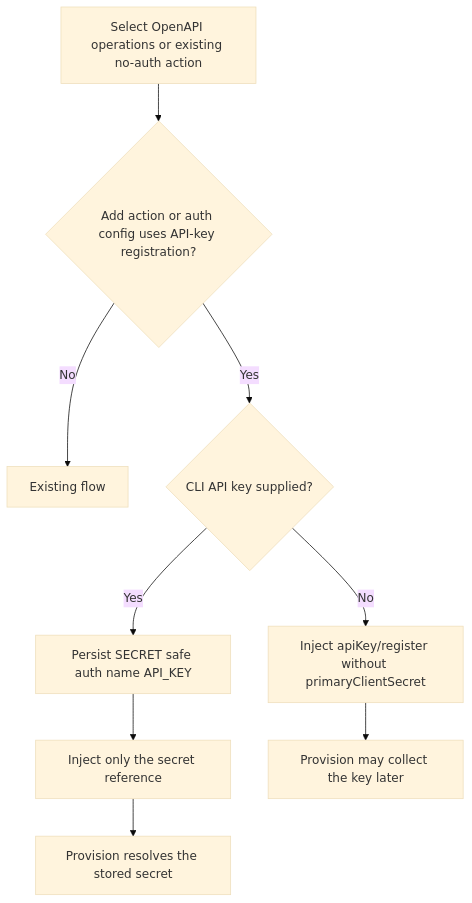
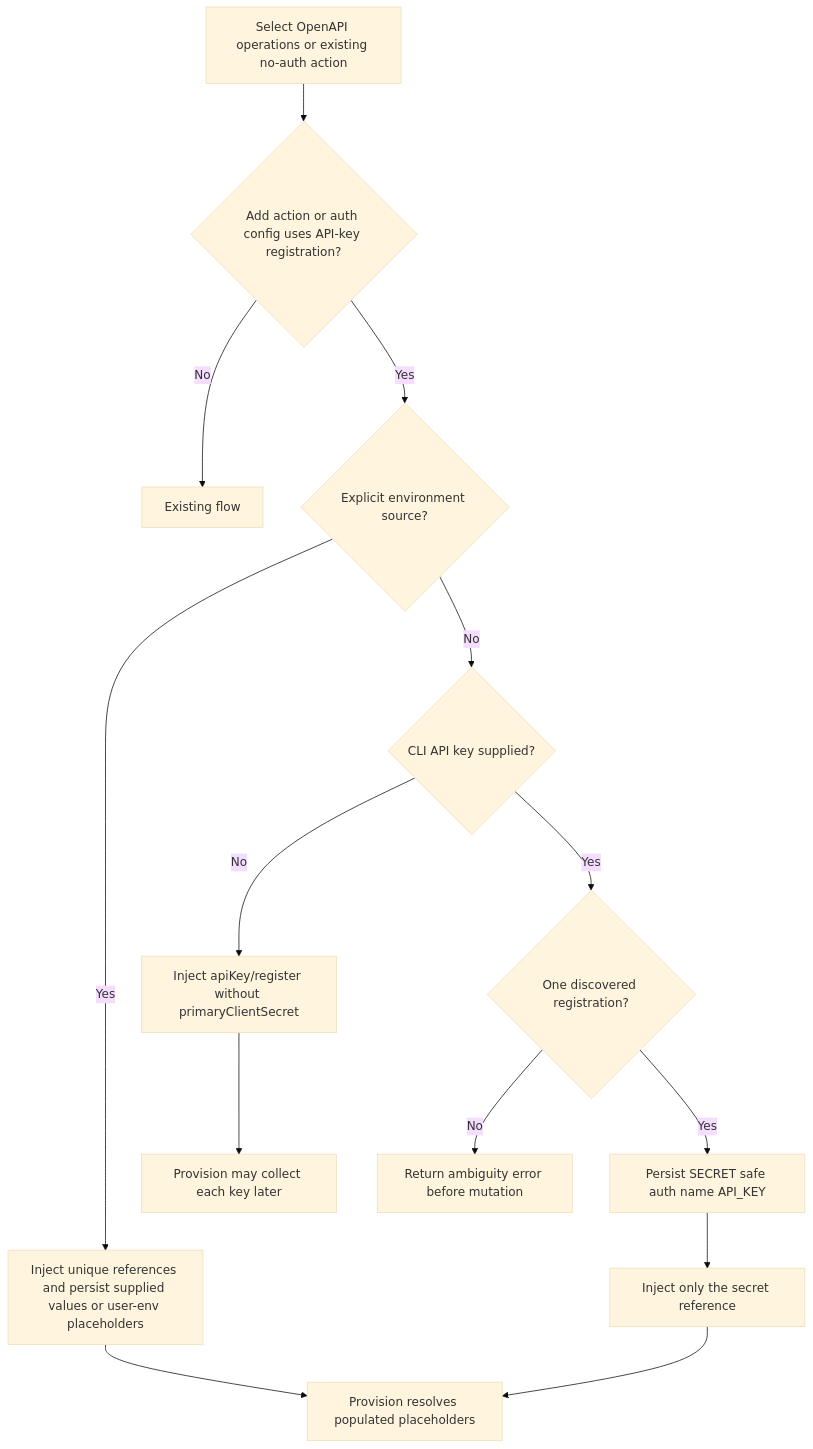
One commit to OfficeDev/Teams-Toolkit changed the diagram in docs/03-specs/scenarios/da/add-openapi-api-key-action.md. Above: the diagram before and after it, drawn with Mermaid (base theme). The commit also changed other lines of this file and 44 other files, not shown here.

````diff
--- a/docs/03-specs/scenarios/da/add-openapi-api-key-action.md
+++ b/docs/03-specs/scenarios/da/add-openapi-api-key-action.md
@@ -26,11 +30,16 @@
 ```mermaid
 flowchart TD
   A[Select OpenAPI operations or existing no-auth action] --> B{Add action or auth config uses API-key registration?}
   B -- No --> C[Existing flow]
-  B -- Yes --> D{CLI API key supplied?}
-  D -- No --> E[Inject apiKey/register without primaryClientSecret]
-  D -- Yes --> F[Persist SECRET safe auth name API_KEY]
-  F --> G[Inject only the secret reference]
-  E --> H[Provision may collect the key later]
-  G --> I[Provision resolves the stored secret]
+  B -- Yes --> D{Explicit environment source?}
+  D -- Yes --> E[Inject unique references and persist supplied values or user-env placeholders]
+  D -- No --> F{CLI API key supplied?}
+  F -- No --> G[Inject apiKey/register without primaryClientSecret]
+  F -- Yes --> H{One discovered registration?}
+  H -- No --> I[Return ambiguity error before mutation]
+  H -- Yes --> J[Persist SECRET safe auth name API_KEY]
+  J --> K[Inject only the secret reference]
+  G --> L[Provision may collect each key later]
+  E --> M[Provision resolves populated placeholders]
+  K --> M
 ```
````
